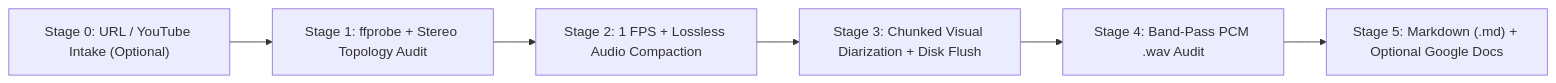
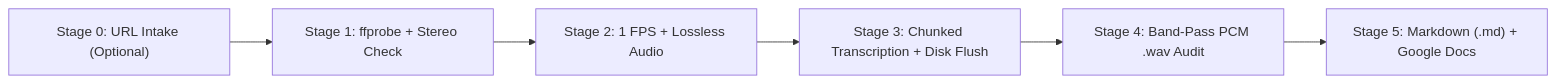
One commit to osbornec/video-transcription changed the diagram in README.md. Above: the diagram before and after it, drawn with Mermaid. The commit also changed other lines of this file and 1 other file, not shown here.

````diff
--- a/README.md
+++ b/README.md
@@ -53,8 +37,8 @@
 ```mermaid
 flowchart LR
-    S0["Stage 0: URL / YouTube Intake (Optional)"] --> S1["Stage 1: ffprobe + Stereo Topology Audit"]
-    S1 --> S2["Stage 2: 1 FPS + Lossless Audio Compaction"]
-    S2 --> S3["Stage 3: Chunked Visual Diarization + Disk Flush"]
+    S0["Stage 0: URL Intake (Optional)"] --> S1["Stage 1: ffprobe + Stereo Check"]
+    S1 --> S2["Stage 2: 1 FPS + Lossless Audio"]
+    S2 --> S3["Stage 3: Chunked Transcription + Disk Flush"]
     S3 --> S4["Stage 4: Band-Pass PCM .wav Audit"]
-    S4 --> S5["Stage 5: Markdown (.md) + Optional Google Docs"]
+    S4 --> S5["Stage 5: Markdown (.md) + Google Docs"]
 ```
````
